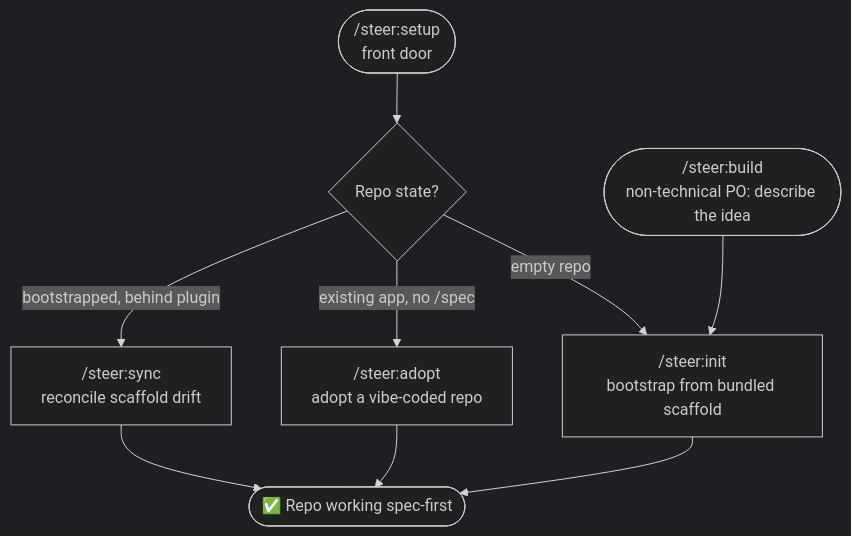
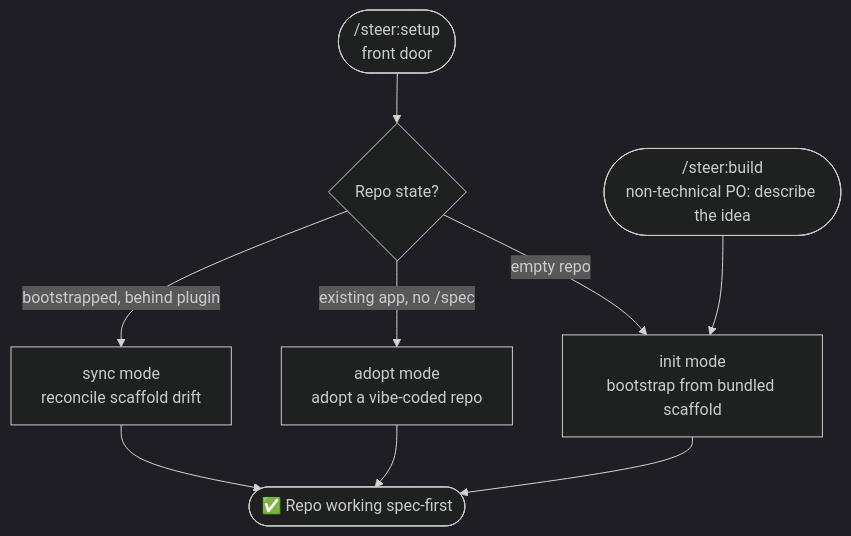
The second of 3 diagrams in README.md (element22llc/e22-plugins), drawn with Mermaid (dark theme) before and after one commit. The commit also changed other lines of this file and 22 other files, not shown here.

First line of the commit message:
feat(skills)!: fold the three bootstrap paths into /steer:setup as modes

````diff
--- a/README.md
+++ b/README.md
@@ -88,11 +88,11 @@
 ```mermaid
 flowchart TD
     setup(["/steer:setup<br/>front door"]) --> detect{Repo state?}
-    detect -->|empty repo| init["/steer:init<br/>bootstrap from bundled scaffold"]
-    detect -->|existing app, no /spec| adopt["/steer:adopt<br/>adopt a vibe-coded repo"]
-    detect -->|bootstrapped, behind plugin| sync["/steer:sync<br/>reconcile scaffold drift"]
+    detect -->|empty repo| init["init mode<br/>bootstrap from bundled scaffold"]
+    detect -->|existing app, no /spec| adopt["adopt mode<br/>adopt a vibe-coded repo"]
+    detect -->|bootstrapped, behind plugin| sync["sync mode<br/>reconcile scaffold drift"]
     build(["/steer:build<br/>non-technical PO: describe the idea"]) --> init
     init --> ready(["✅ Repo working spec-first"])
     adopt --> ready
     sync --> ready
 ```
````
